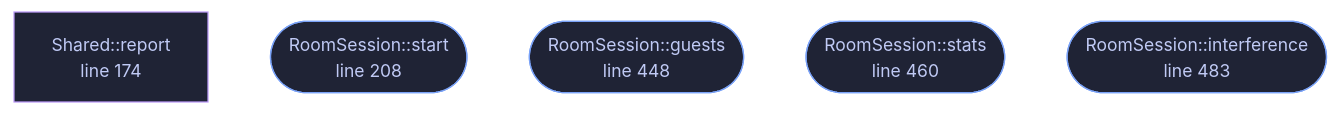
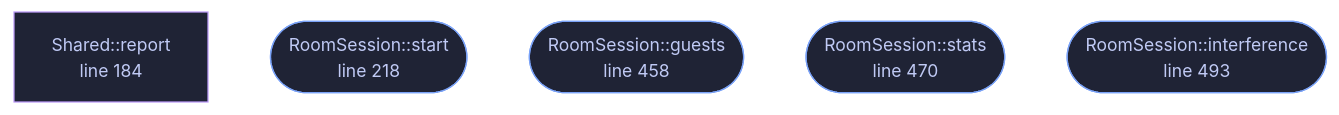
Before and after one commit to tilas01/veilvoice: the diagram in docs/files/veilvoice-audio/room.md, drawn with Mermaid. The commit also changed other lines of this file and 130 other files, not shown here.

````diff
--- a/docs/files/veilvoice-audio/room.md
+++ b/docs/files/veilvoice-audio/room.md
@@ -129,18 +129,18 @@
 ```mermaid
 %%{init: {"theme":"base","themeVariables":{"background":"#1a1b26","primaryColor":"#1f2335","primaryTextColor":"#c0caf5","primaryBorderColor":"#7aa2f7","secondaryColor":"#16161e","tertiaryColor":"#16161e","lineColor":"#737aa2","textColor":"#c0caf5","mainBkg":"#1f2335","nodeBorder":"#7aa2f7","clusterBkg":"#16161e","clusterBorder":"#2f3549","fontFamily":"ui-monospace, SFMono-Regular, Consolas, monospace","fontSize":"14px"}}}%%
 flowchart TD
-    n_report["Shared::report<br/>line 174"]
-    n_start(["RoomSession::start<br/>line 208"])
-    n_guests(["RoomSession::guests<br/>line 448"])
-    n_stats(["RoomSession::stats<br/>line 460"])
-    n_interference(["RoomSession::interference<br/>line 483"])
-    click n_report href "https://github.com/tilas01/veilvoice/blob/main/crates/veilvoice-audio/src/room.rs#L174" "open the source"
-    click n_start href "https://github.com/tilas01/veilvoice/blob/main/crates/veilvoice-audio/src/room.rs#L208" "open the source"
-    click n_guests href "https://github.com/tilas01/veilvoice/blob/main/crates/veilvoice-audio/src/room.rs#L448" "open the source"
-    click n_stats href "https://github.com/tilas01/veilvoice/blob/main/crates/veilvoice-audio/src/room.rs#L460" "open the source"
-    click n_interference href "https://github.com/tilas01/veilvoice/blob/main/crates/veilvoice-audio/src/room.rs#L483" "open the source"
+    n_report["Shared::report<br/>line 184"]
+    n_start(["RoomSession::start<br/>line 218"])
+    n_guests(["RoomSession::guests<br/>line 458"])
+    n_stats(["RoomSession::stats<br/>line 470"])
+    n_interference(["RoomSession::interference<br/>line 493"])
+    click n_report href "https://github.com/tilas01/veilvoice/blob/main/crates/veilvoice-audio/src/room.rs#L184" "open the source"
+    click n_start href "https://github.com/tilas01/veilvoice/blob/main/crates/veilvoice-audio/src/room.rs#L218" "open the source"
+    click n_guests href "https://github.com/tilas01/veilvoice/blob/main/crates/veilvoice-audio/src/room.rs#L458" "open the source"
+    click n_stats href "https://github.com/tilas01/veilvoice/blob/main/crates/veilvoice-audio/src/room.rs#L470" "open the source"
+    click n_interference href "https://github.com/tilas01/veilvoice/blob/main/crates/veilvoice-audio/src/room.rs#L493" "open the source"
     classDef entry fill:#1f2335,stroke:#7aa2f7,color:#c0caf5
     class n_start,n_guests,n_stats,n_interference entry
     classDef helper fill:#1f2335,stroke:#bb9af7,color:#c0caf5
     class n_report helper
 ```
````
